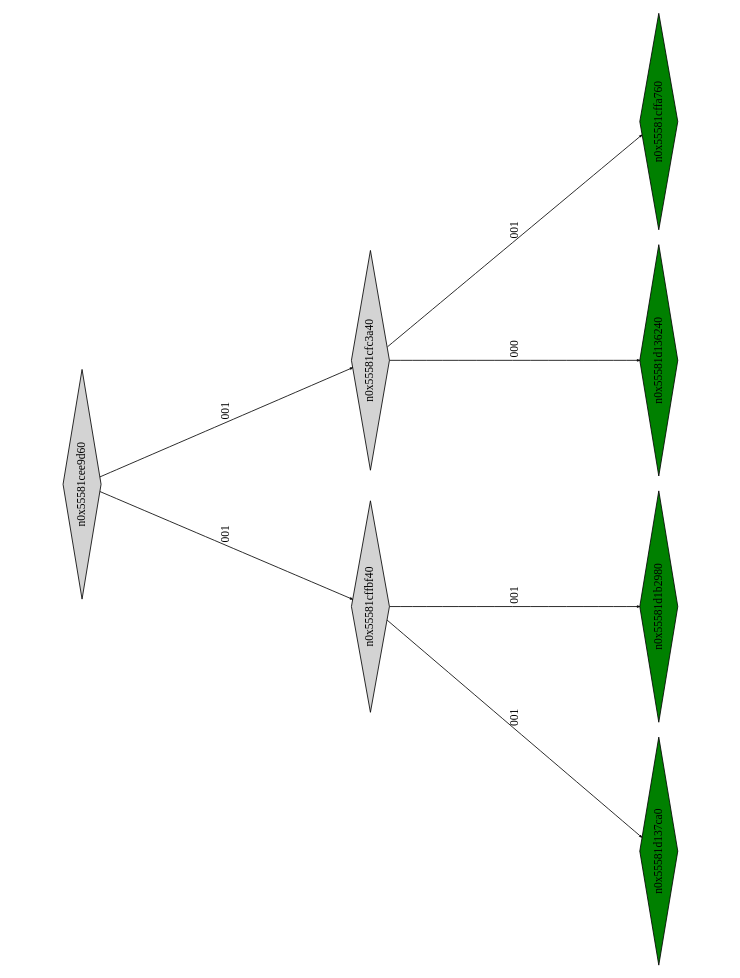
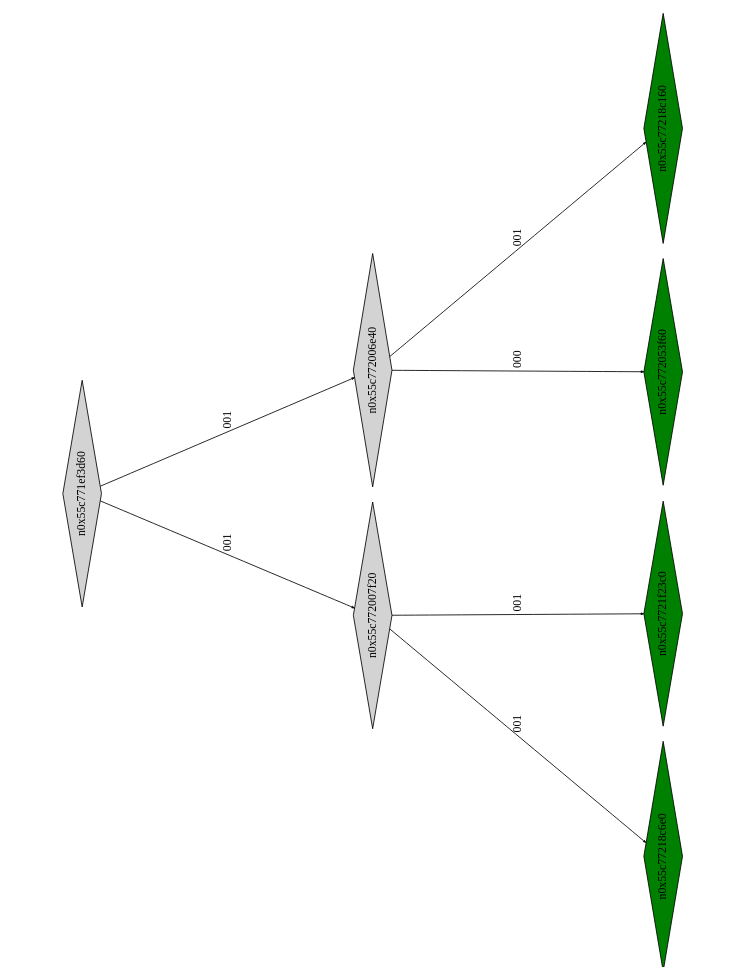
Before and after one commit to Research-Tools-PAVT/PSE-Program-Examples: the diagram in example2_klee_out/ptree_00000140.dot, drawn with Graphviz. The commit also changed 1681 other files, not shown here.

```diff
--- a/example2_klee_out/ptree_00000140.dot
+++ b/example2_klee_out/ptree_00000140.dot
@@ -1,21 +1,21 @@
 digraph G {
 	size="10,7.5";
 	ratio=fill;
 	rotate=90;
 	center = "true";
 	node [style="filled",width=.1,height=.1,fontname="Terminus"]
 	edge [arrowsize=.3]
-	n0x55581cee9d60 [shape=diamond];
-	n0x55581cee9d60 -> n0x55581cffbf40 [label=001];
-	n0x55581cee9d60 -> n0x55581cfc3a40 [label=001];
-	n0x55581cfc3a40 [shape=diamond];
-	n0x55581cfc3a40 -> n0x55581d136240 [label=000];
-	n0x55581cfc3a40 -> n0x55581cffa760 [label=001];
-	n0x55581cffa760 [shape=diamond,fillcolor=green];
-	n0x55581d136240 [shape=diamond,fillcolor=green];
-	n0x55581cffbf40 [shape=diamond];
-	n0x55581cffbf40 -> n0x55581d137ca0 [label=001];
-	n0x55581cffbf40 -> n0x55581d1b2980 [label=001];
-	n0x55581d1b2980 [shape=diamond,fillcolor=green];
-	n0x55581d137ca0 [shape=diamond,fillcolor=green];
+	n0x55c771ef3d60 [shape=diamond];
+	n0x55c771ef3d60 -> n0x55c772007f20 [label=001];
+	n0x55c771ef3d60 -> n0x55c772006e40 [label=001];
+	n0x55c772006e40 [shape=diamond];
+	n0x55c772006e40 -> n0x55c772053f60 [label=000];
+	n0x55c772006e40 -> n0x55c77218c160 [label=001];
+	n0x55c77218c160 [shape=diamond,fillcolor=green];
+	n0x55c772053f60 [shape=diamond,fillcolor=green];
+	n0x55c772007f20 [shape=diamond];
+	n0x55c772007f20 -> n0x55c77218c6e0 [label=001];
+	n0x55c772007f20 -> n0x55c7721f23c0 [label=001];
+	n0x55c7721f23c0 [shape=diamond,fillcolor=green];
+	n0x55c77218c6e0 [shape=diamond,fillcolor=green];
 }
```
